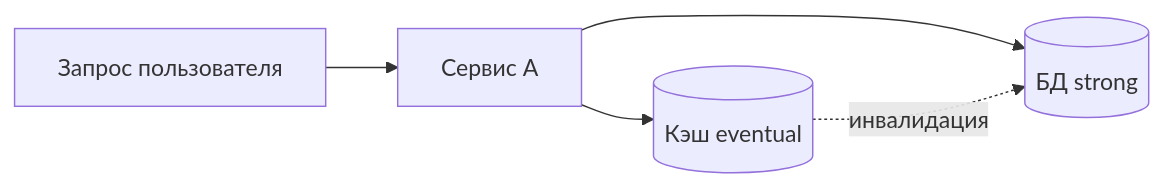
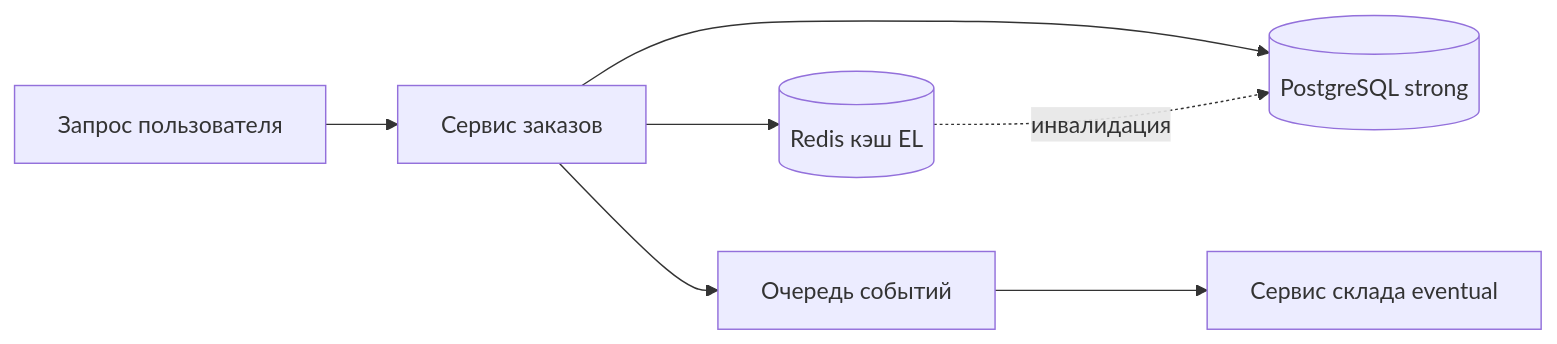
One commit to Spirzen/it-knowledge-base changed the diagram in docs/encyclopedia/8-infra-security/8-05-mikroservisy-i-integratsiya/124.md. Above: the diagram before and after it, drawn with Mermaid. The commit also changed other lines of this file and 8 other files, not shown here.

````diff
--- a/docs/encyclopedia/8-infra-security/8-05-mikroservisy-i-integratsiya/124.md
+++ b/docs/encyclopedia/8-infra-security/8-05-mikroservisy-i-integratsiya/124.md
@@ -62,7 +141,9 @@
 ```mermaid
 flowchart LR
-    U[Запрос пользователя] --> S[Сервис A]
-    S --> B[(БД strong)]
-    S --> C[(Кэш eventual)]
+    U[Запрос пользователя] --> S[Сервис заказов]
+    S --> B[(PostgreSQL strong)]
+    S --> C[(Redis кэш EL)]
+    S --> Q[Очередь событий]
+    Q --> W[Сервис склада eventual]
     C -.->|инвалидация| B
 ```
````
